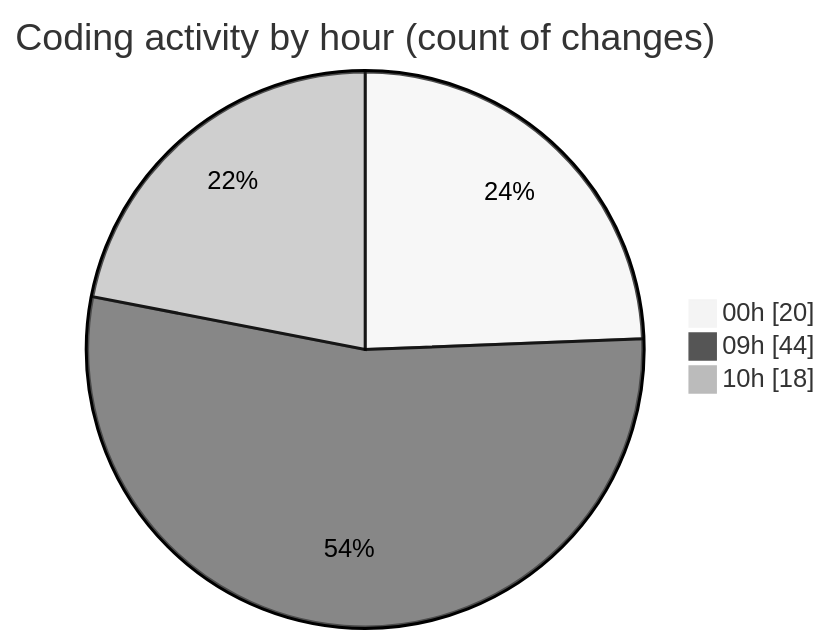
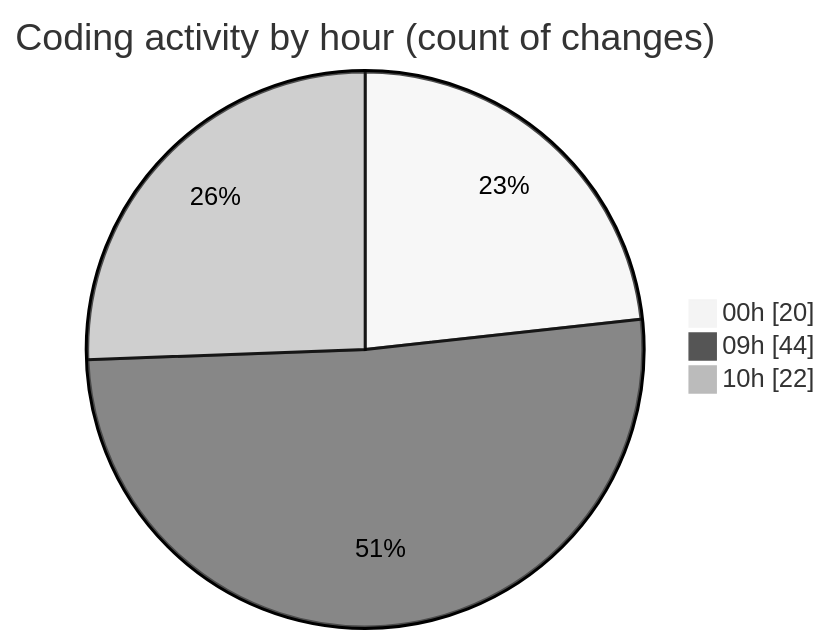
One commit to momahboobian/code-tracking changed the second of 2 diagrams in 2025-03-19/cda/README.md. Above: the diagram before and after it, drawn with Mermaid (neutral theme). The commit also changed other lines of this file and 1 other file, not shown here.

````diff
--- a/2025-03-19/cda/README.md
+++ b/2025-03-19/cda/README.md
@@ -32,7 +32,7 @@
 ```mermaid
 pie showData
 title Coding activity by hour (count of changes)
 "00h" : 20
 "09h" : 44
-"10h" : 18
+"10h" : 22
 ```
````
